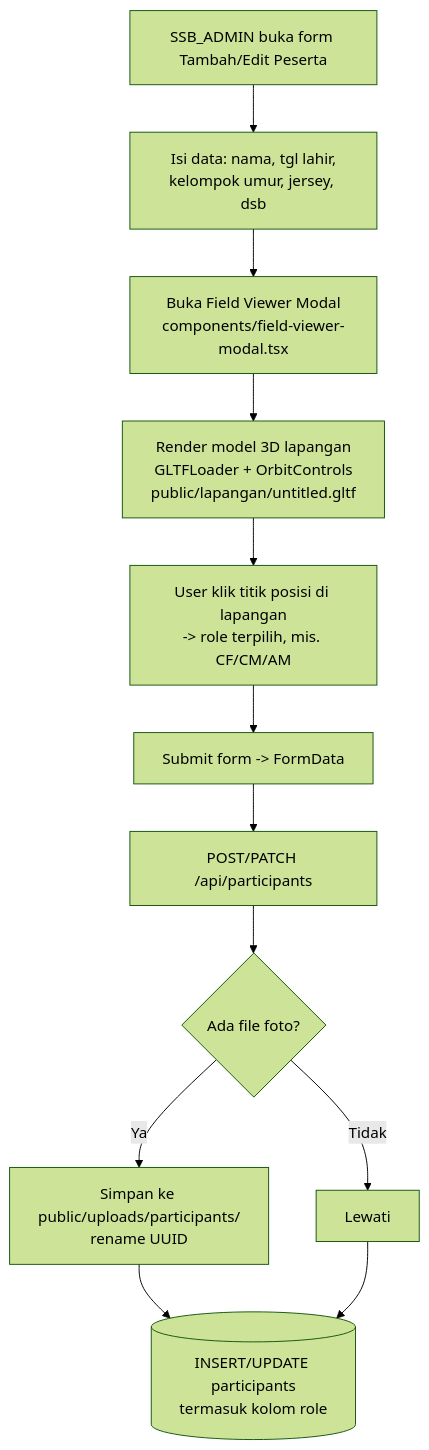
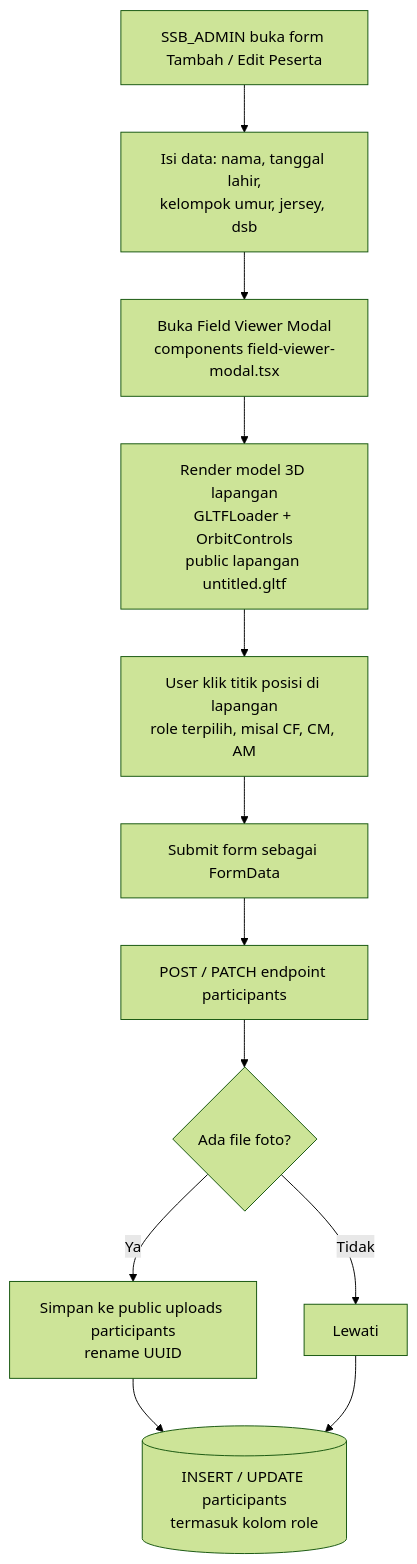
The fourth of 7 diagrams in README.md (EzraNahumury/web_ssb), drawn with Mermaid (forest theme) before and after one commit. The commit also changed other lines of this file, not shown here.

First line of the commit message:
docs: fix mermaid diagram syntax for GitHub rendering

````diff
--- a/README.md
+++ b/README.md
@@ -142,14 +142,14 @@
 ```mermaid
 flowchart TD
-    START[SSB_ADMIN buka form Tambah/Edit Peserta] --> FILL[Isi data: nama, tgl lahir,<br/>kelompok umur, jersey, dsb]
-    FILL --> PITCH[Buka Field Viewer Modal<br/>components/field-viewer-modal.tsx]
-    PITCH --> MODEL[Render model 3D lapangan<br/>GLTFLoader + OrbitControls<br/>public/lapangan/untitled.gltf]
-    MODEL --> PICK[User klik titik posisi di lapangan<br/>-> role terpilih, mis. CF/CM/AM]
-    PICK --> SUBMIT[Submit form -> FormData]
-    SUBMIT --> API[POST/PATCH /api/participants]
-    API --> UPLOADCHECK{Ada file foto?}
-    UPLOADCHECK -- Ya --> SAVEFOTO[Simpan ke public/uploads/participants/<br/>rename UUID]
-    UPLOADCHECK -- Tidak --> SKIP[Lewati]
-    SAVEFOTO --> DB[(INSERT/UPDATE participants<br/>termasuk kolom role)]
+    START["SSB_ADMIN buka form Tambah / Edit Peserta"] --> FILL["Isi data: nama, tanggal lahir,<br/>kelompok umur, jersey, dsb"]
+    FILL --> PITCH["Buka Field Viewer Modal<br/>components field-viewer-modal.tsx"]
+    PITCH --> MODEL["Render model 3D lapangan<br/>GLTFLoader + OrbitControls<br/>public lapangan untitled.gltf"]
+    MODEL --> PICK["User klik titik posisi di lapangan<br/>role terpilih, misal CF, CM, AM"]
+    PICK --> SUBMIT["Submit form sebagai FormData"]
+    SUBMIT --> API["POST / PATCH endpoint participants"]
+    API --> UPLOADCHECK{"Ada file foto?"}
+    UPLOADCHECK -- Ya --> SAVEFOTO["Simpan ke public uploads participants<br/>rename UUID"]
+    UPLOADCHECK -- Tidak --> SKIP["Lewati"]
+    SAVEFOTO --> DB[("INSERT / UPDATE participants<br/>termasuk kolom role")]
     SKIP --> DB
 ```
````
